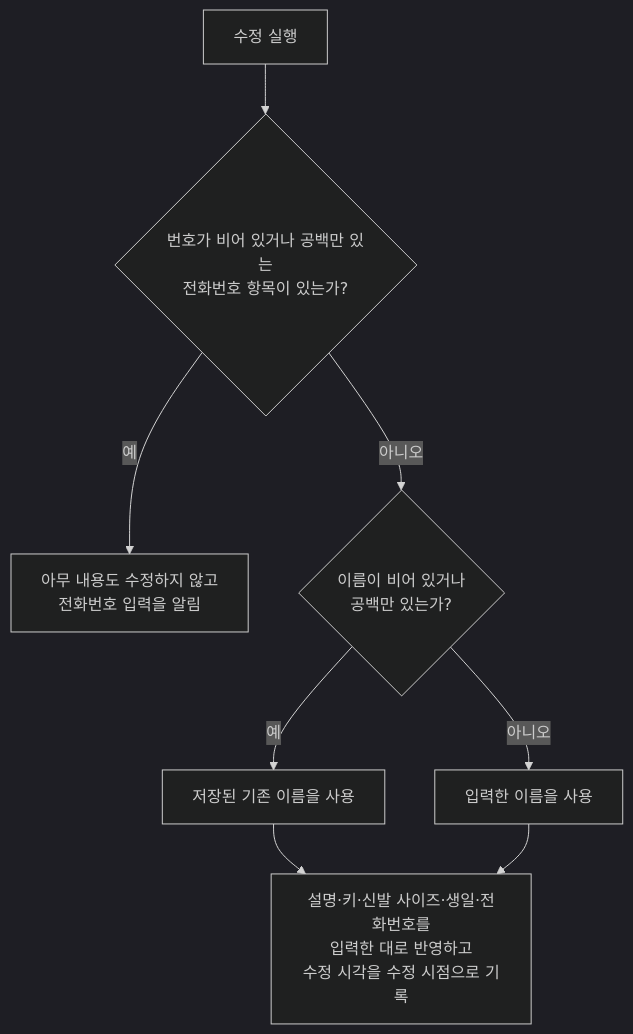
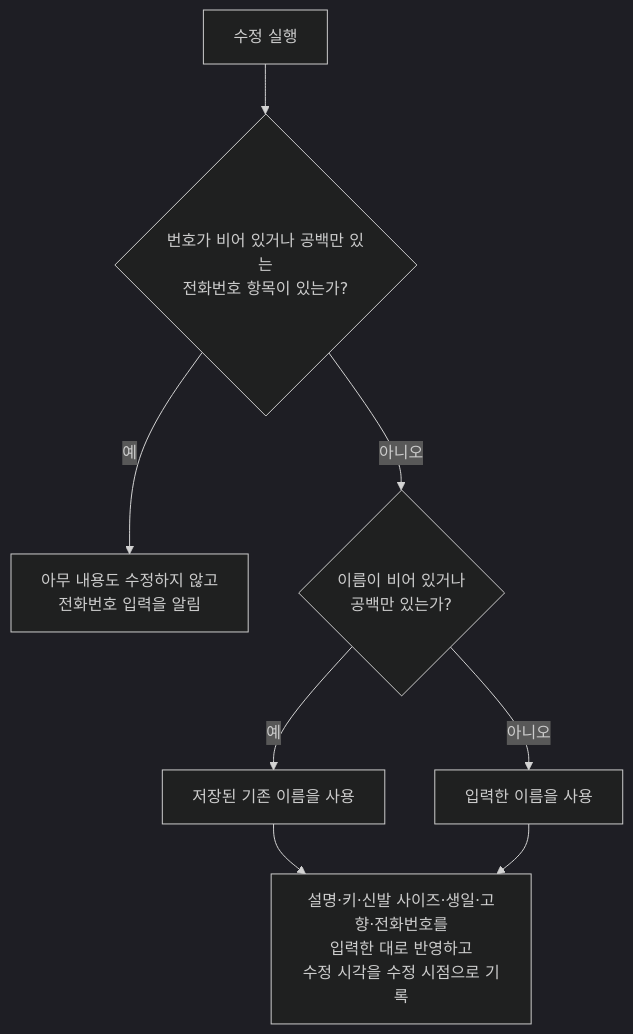
One commit to taetae98coding/DiaryKMP changed the diagram in docs/spec/contact-detail.md. Above: the diagram before and after it, drawn with Mermaid (dark theme). The commit also changed other lines of this file and 28 other files, not shown here.

````diff
--- a/docs/spec/contact-detail.md
+++ b/docs/spec/contact-detail.md
@@ -107,10 +125,10 @@
 ```mermaid
 flowchart TD
     start["수정 실행"] --> phone{"번호가 비어 있거나 공백만 있는<br/>전화번호 항목이 있는가?"}
     phone -- 예 --> reject["아무 내용도 수정하지 않고<br/>전화번호 입력을 알림"]
     phone -- 아니오 --> name{"이름이 비어 있거나<br/>공백만 있는가?"}
     name -- 예 --> keepName["저장된 기존 이름을 사용"]
     name -- 아니오 --> useName["입력한 이름을 사용"]
-    keepName --> apply["설명·키·신발 사이즈·생일·전화번호를<br/>입력한 대로 반영하고<br/>수정 시각을 수정 시점으로 기록"]
+    keepName --> apply["설명·키·신발 사이즈·생일·고향·전화번호를<br/>입력한 대로 반영하고<br/>수정 시각을 수정 시점으로 기록"]
     useName --> apply
 ```
````
